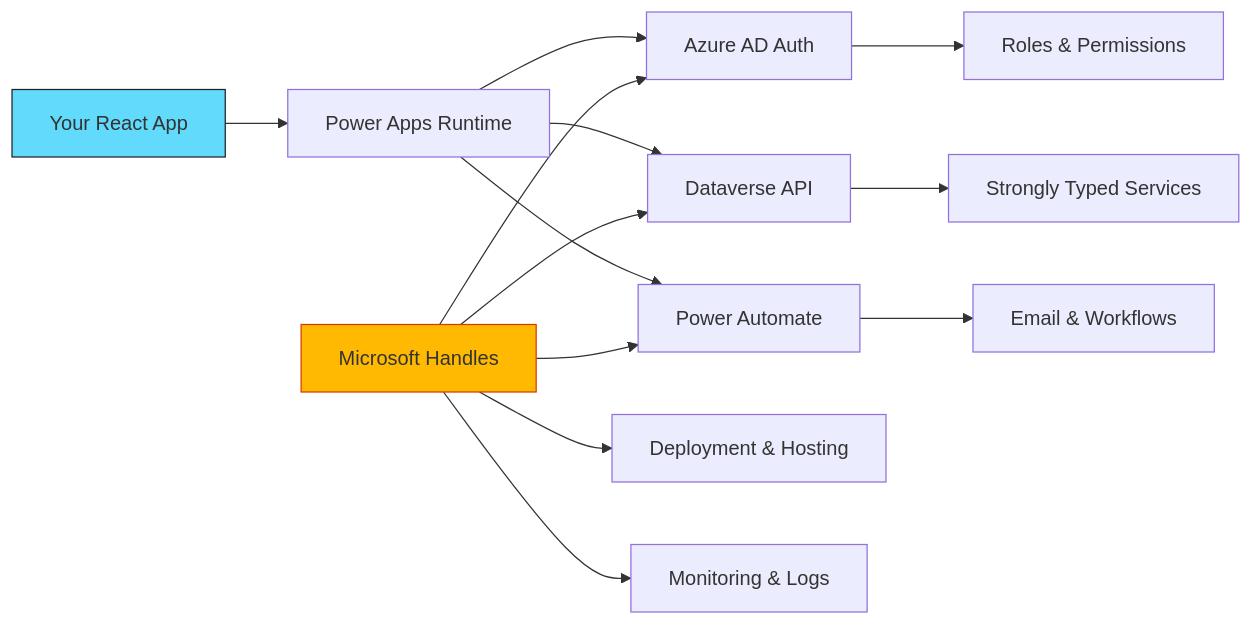
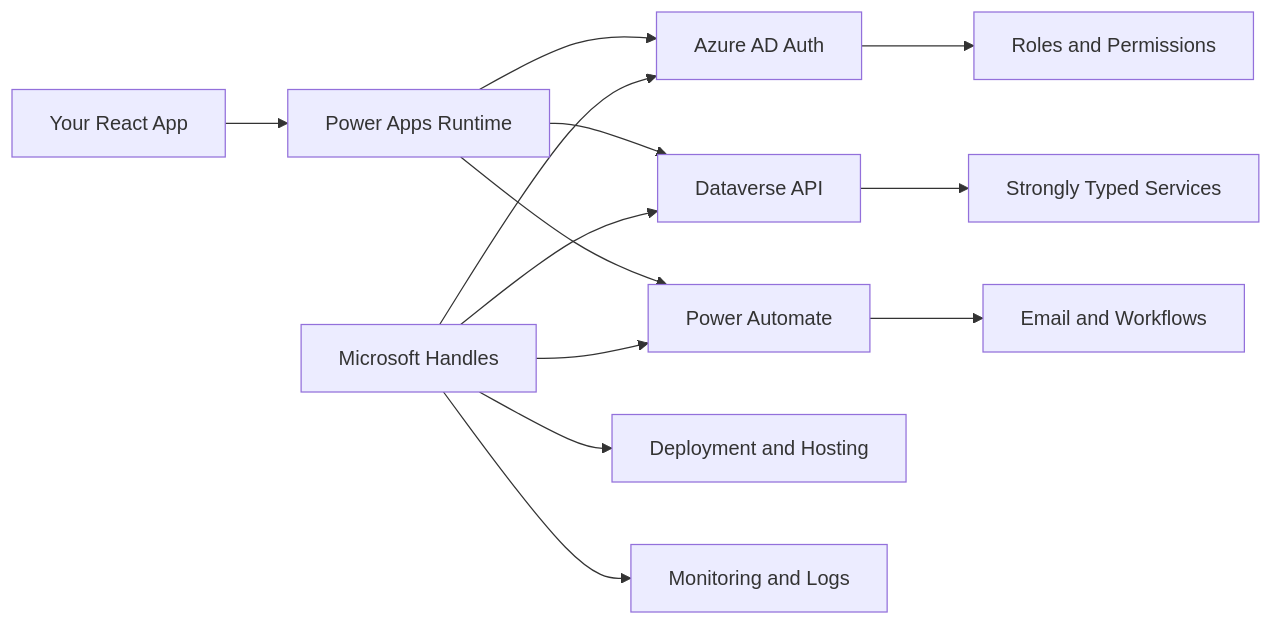
The second of 2 diagrams in src/content/post/the-power-platform-awakening.mdx (liwoo/personal-site-24), drawn with Mermaid before and after one commit. The commit also changed other lines of this file and 5 other files, not shown here.

Commit message:
added mermaid renderer

````diff
--- a/src/content/post/the-power-platform-awakening.mdx
+++ b/src/content/post/the-power-platform-awakening.mdx
@@ -162,21 +158,15 @@
 ```mermaid
 graph LR
     A[Your React App] --> B[Power Apps Runtime]
     B --> C[Azure AD Auth]
     B --> D[Dataverse API]
     B --> E[Power Automate]
-
-    D --> F[Strongly Typed Services]
-
-    C --> G[Roles & Permissions]
-    E --> H[Email & Workflows]
-
-    I[Microsoft Handles] --> C
+    C --> F[Roles and Permissions]
+    D --> G[Strongly Typed Services]
+    E --> H[Email and Workflows]
+    I[Microsoft Handles] --> J[Deployment and Hosting]
+    I --> K[Monitoring and Logs]
+    I --> C
     I --> D
     I --> E
-    I --> J[Deployment & Hosting]
-    I --> K[Monitoring & Logs]
-
-    style A fill:#61DAFB,stroke:#20232A
-    style I fill:#FFB900,stroke:#D83B01
 ```
````
